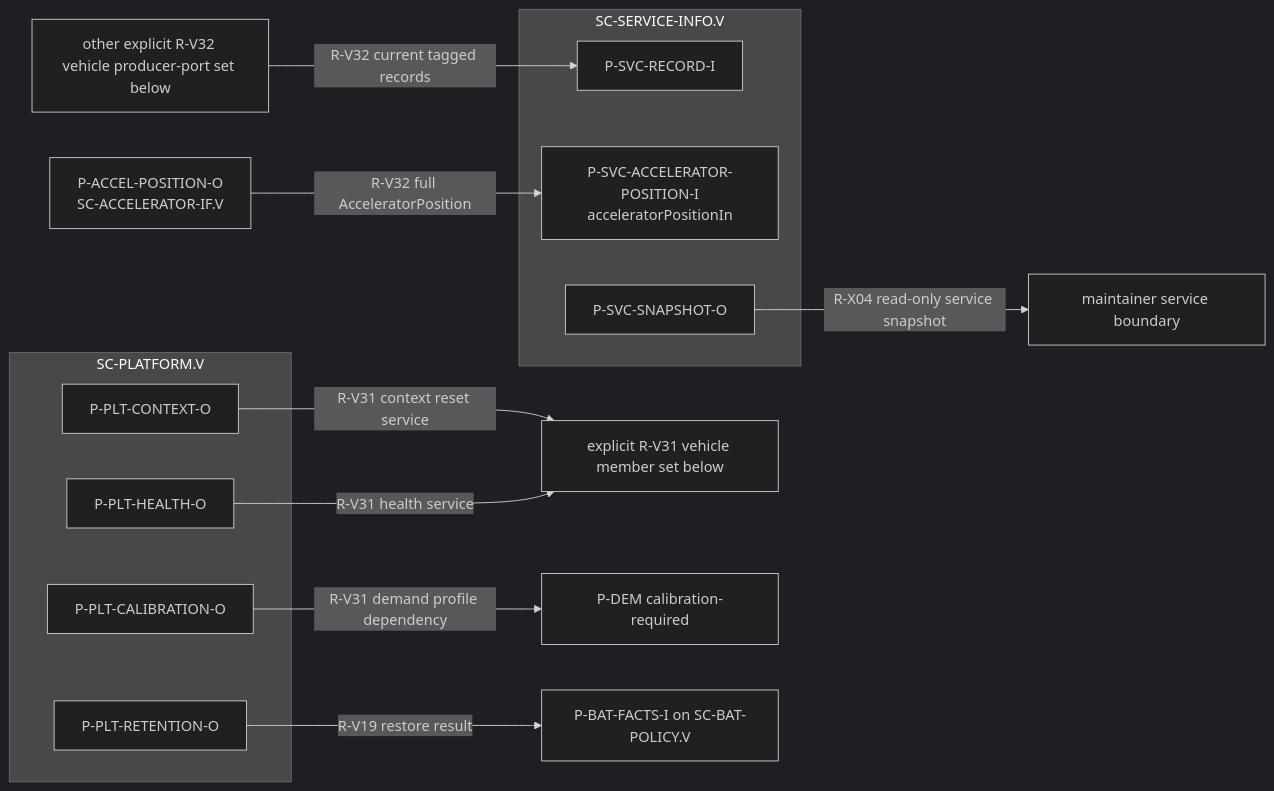
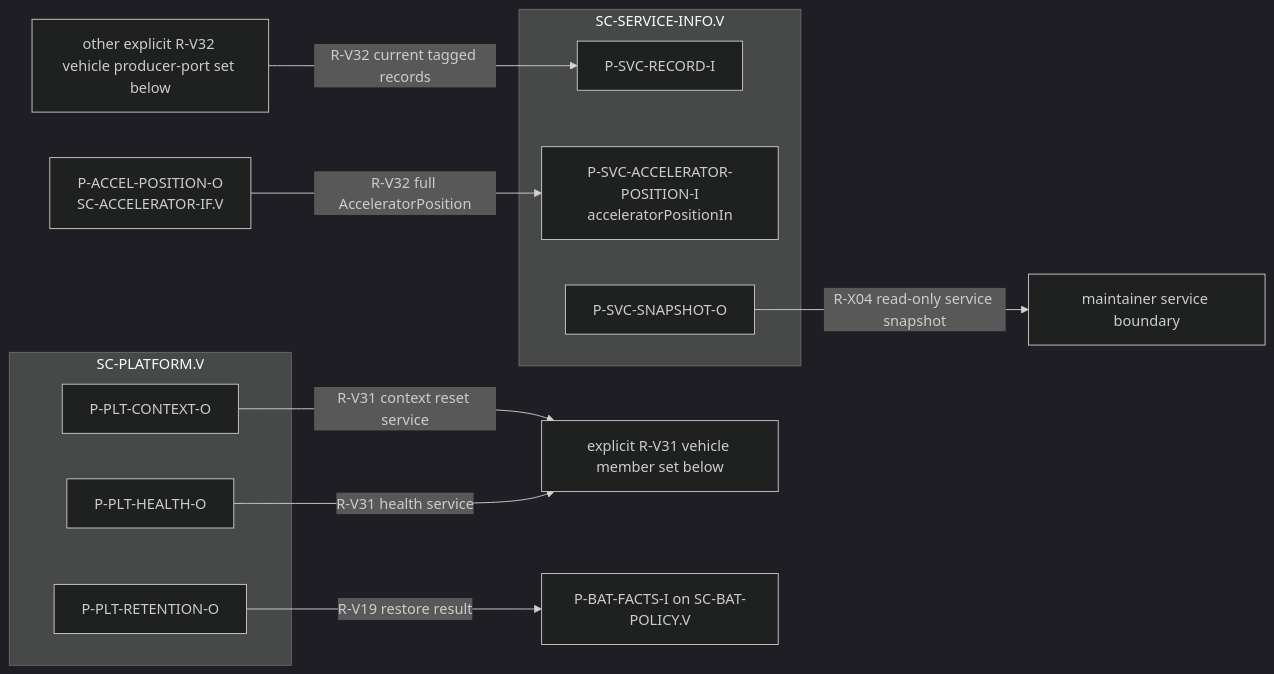
Before and after one commit to dhellhake/X2CityMCU: the fourth of 4 diagrams in .devenv/Architecture/SoftwareArchitecture/ARCH-003_Software_Architecture.md, drawn with Mermaid (dark theme). The commit also changed other lines of this file and 84 other files, not shown here.

````diff
--- a/.devenv/Architecture/SoftwareArchitecture/ARCH-003_Software_Architecture.md
+++ b/.devenv/Architecture/SoftwareArchitecture/ARCH-003_Software_Architecture.md
@@ -340,21 +346,19 @@
 ```mermaid
 flowchart LR
     subgraph PLT[SC-PLATFORM.V]
         PVCO[P-PLT-CONTEXT-O]
         PVRO[P-PLT-RETENTION-O]
         PVHO[P-PLT-HEALTH-O]
-        PVCA[P-PLT-CALIBRATION-O]
     end
     subgraph SVC[SC-SERVICE-INFO.V]
         SVRI[P-SVC-RECORD-I]
         SVAI[P-SVC-ACCELERATOR-POSITION-I\nacceleratorPositionIn]
         SVSO[P-SVC-SNAPSHOT-O]
     end
     PVCO -->|R-V31 context reset service| VC[explicit R-V31 vehicle member set below]
     PVHO -->|R-V31 health service| VC
-    PVCA -->|R-V31 demand profile dependency| DMC[P-DEM calibration-required]
     PVRO -->|R-V19 restore result| BP[P-BAT-FACTS-I on SC-BAT-POLICY.V]
     AIP2[P-ACCEL-POSITION-O\nSC-ACCELERATOR-IF.V] -->|R-V32 full AcceleratorPosition| SVAI
     VP[other explicit R-V32 vehicle producer-port set below] -->|R-V32 current tagged records| SVRI
     SVSO -->|R-X04 read-only service snapshot| VM[maintainer service boundary]
 ```
````
